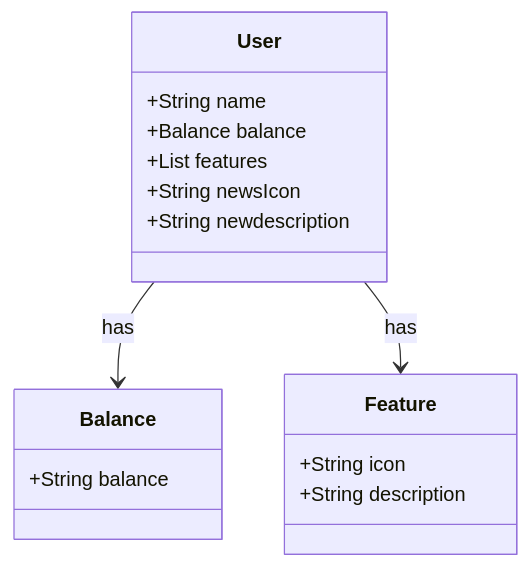
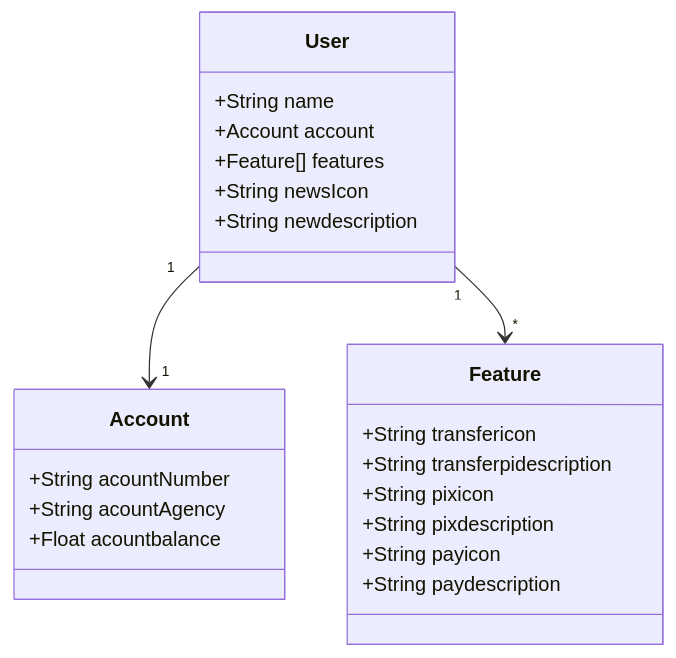
The diagram in README.md (Paucinha/api-java-springboot-railway), drawn with Mermaid before and after one commit.

````diff
--- a/README.md
+++ b/README.md
@@ -19,22 +19,29 @@
 ```mermaid
 classDiagram
     class User {
         +String name
-        +Balance balance
-        +List<Feature> features
+        +Account account
+        +Feature[] features
         +String newsIcon
         +String newdescription
     }
 
-    class Balance {
-        +String balance
+    class Account {
+        +String acountNumber
+        +String acountAgency
+        +Float acountbalance
     }
 
     class Feature {
-        +String icon
-        +String description
+        +String transfericon
+        +String transferpidescription
+        +String pixicon
+        +String pixdescription
+        +String payicon
+        +String paydescription
     }
 
-    User --> Balance : has
-    User --> Feature : has
+    User "1" --> "1" Account
+    User "1" --> "*" Feature
+
 ```
````
